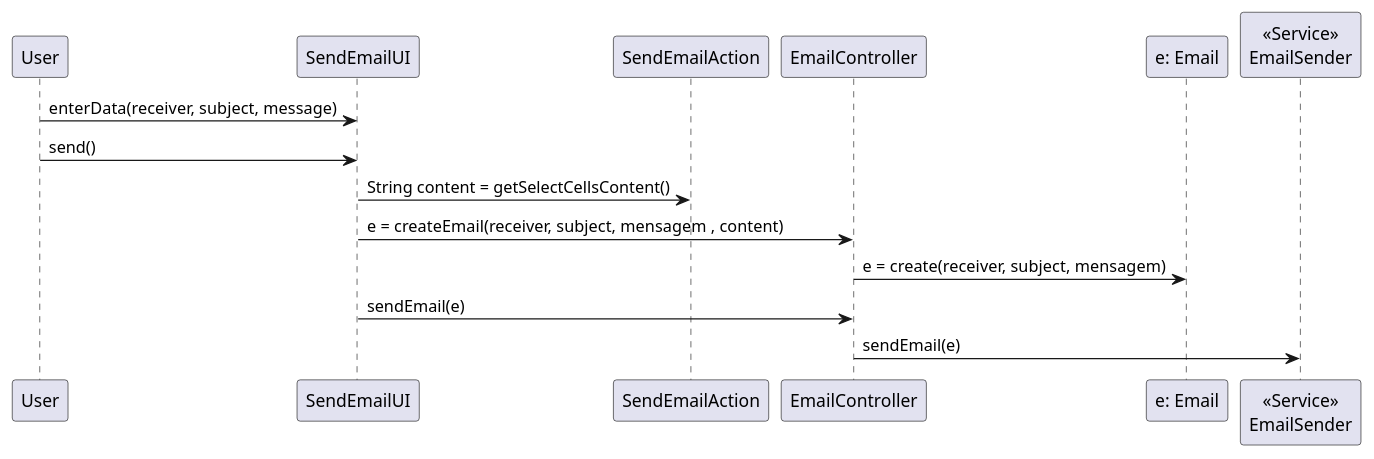
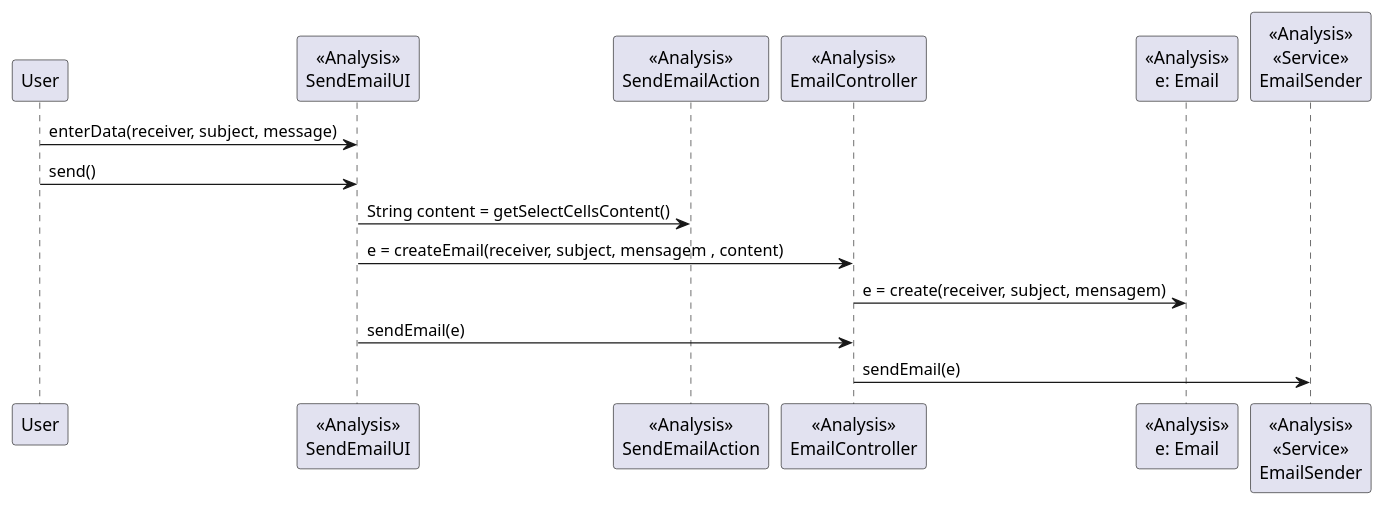
One commit to 1130348/Confusao changed the diagram in src/csheets/userstories/core05_02/send_Email/i130419/draft_send_email.puml. Above: the diagram before and after it, drawn with PlantUML. The commit also changed 1 other file, not shown here.

```diff
--- a/src/csheets/userstories/core05_02/send_Email/i130419/draft_send_email.puml
+++ b/src/csheets/userstories/core05_02/send_Email/i130419/draft_send_email.puml
@@ -1,15 +1,15 @@
 @startuml doc-files/draft_send_email.png
 participant User as usr
-participant "SendEmailUI" as seui
-participant "SendEmailAction" as sea
-participant "EmailController" as emc
-participant "e: Email" as em
-participant "<<Service>>\nEmailSender" as emse
+participant "<<Analysis>>\nSendEmailUI" as seui
+participant "<<Analysis>>\nSendEmailAction" as sea
+participant "<<Analysis>>\nEmailController" as emc
+participant "<<Analysis>>\ne: Email" as em
+participant "<<Analysis>>\n<<Service>>\nEmailSender" as emse
 usr -> seui : enterData(receiver, subject, message)
 usr -> seui : send()
 seui -> sea : String content = getSelectCellsContent()
 seui -> emc : e = createEmail(receiver, subject, mensagem , content)
 emc -> em : e = create(receiver, subject, mensagem)
 seui -> emc : sendEmail(e)
 emc -> emse : sendEmail(e)
 @enduml
```
